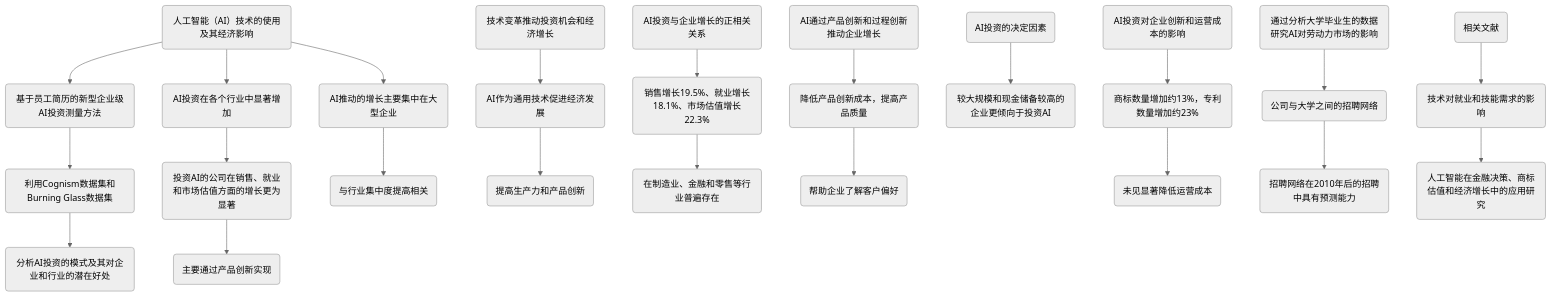
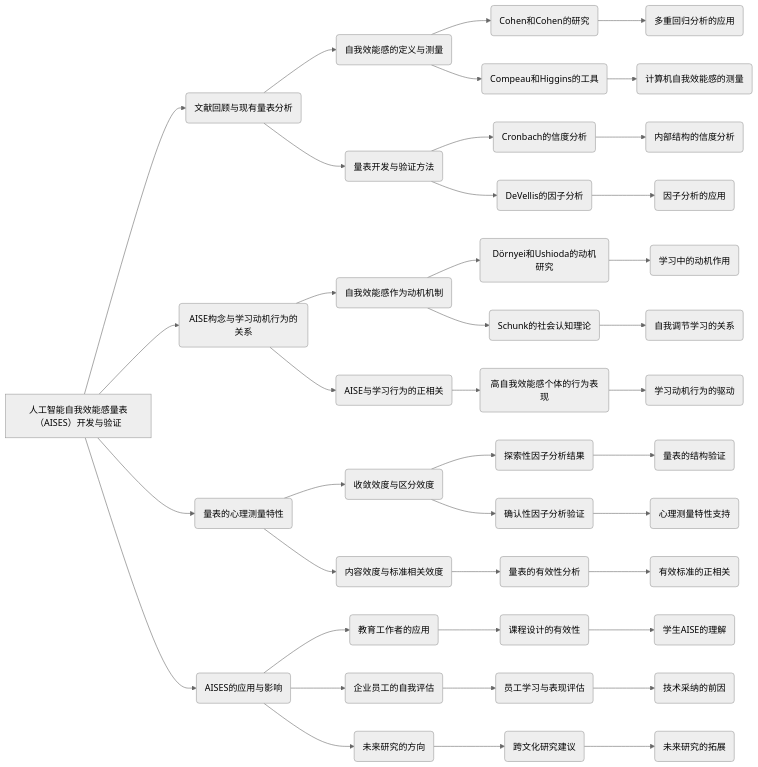
One commit to Fabreque/charles changed the fourth of 44 diagrams in AI技术类文章.md. Above: the diagram before and after it, drawn with Mermaid (neutral theme). The commit also changed other lines of this file and 6 other files, not shown here.

````diff
--- a/AI技术类文章.md
+++ b/AI技术类文章.md
@@ -209,34 +256,64 @@
 ```mermaid
-graph TD
-    A("人工智能（AI）技术的使用及其经济影响") --> B("基于员工简历的新型企业级AI投资测量方法")
-    A --> C("AI投资在各个行业中显著增加")
-    A --> D("AI推动的增长主要集中在大型企业")
+graph LR
+    A["人工智能自我效能感量表（AISES）开发与验证"] --> B("文献回顾与现有量表分析")
+    A --> C("AISE构念与学习动机行为的关系")
+    A --> D("量表的心理测量特性")
+    A --> E("AISES的应用与影响")
     
-    B --> E("利用Cognism数据集和Burning Glass数据集")
-    E --> F("分析AI投资的模式及其对企业和行业的潜在好处")
+    B --> F("自我效能感的定义与测量")
+    B --> G("量表开发与验证方法")
     
-    C --> G("投资AI的公司在销售、就业和市场估值方面的增长更为显著")
-    G --> H("主要通过产品创新实现")
+    C --> H("自我效能感作为动机机制")
+    C --> I("AISE与学习行为的正相关")
     
-    D --> I("与行业集中度提高相关")
+    D --> J("收敛效度与区分效度")
+    D --> K("内容效度与标准相关效度")
     
-    J("技术变革推动投资机会和经济增长") --> K("AI作为通用技术促进经济发展")
-    K --> L("提高生产力和产品创新")
+    E --> L("教育工作者的应用")
+    E --> M("企业员工的自我评估")
+    E --> N("未来研究的方向")
     
-    M("AI投资与企业增长的正相关关系") --> N("销售增长19.5%、就业增长18.1%、市场估值增长22.3%")
-    N --> O("在制造业、金融和零售等行业普遍存在")
+    F --> O("Cohen和Cohen的研究")
+    F --> P("Compeau和Higgins的工具")
     
-    P("AI通过产品创新和过程创新推动企业增长") --> Q("降低产品创新成本，提高产品质量")
-    Q --> R("帮助企业了解客户偏好")
+    G --> Q("Cronbach的信度分析")
+    G --> R("DeVellis的因子分析")
     
-    S("AI投资的决定因素") --> T("较大规模和现金储备较高的企业更倾向于投资AI")
+    H --> S("Dörnyei和Ushioda的动机研究")
+    H --> T("Schunk的社会认知理论")
     
-    U("AI投资对企业创新和运营成本的影响") --> V("商标数量增加约13%，专利数量增加约23%")
-    V --> W("未见显著降低运营成本")
+    I --> U("高自我效能感个体的行为表现")
     
-    X("通过分析大学毕业生的数据研究AI对劳动力市场的影响") --> Y("公司与大学之间的招聘网络")
-    Y --> Z("招聘网络在2010年后的招聘中具有预测能力")
+    J --> V("探索性因子分析结果")
+    J --> W("确认性因子分析验证")
     
-    AA("相关文献") --> AB("技术对就业和技能需求的影响")
-    AB --> AC("人工智能在金融决策、商标估值和经济增长中的应用研究")
+    K --> X("量表的有效性分析")
+    
+    L --> Y("课程设计的有效性")
+    
+    M --> Z("员工学习与表现评估")
+    
+    N --> AA("跨文化研究建议")
+    
+    O --> AB("多重回归分析的应用")
+    P --> AC("计算机自我效能感的测量")
+    
+    Q --> AD("内部结构的信度分析")
+    R --> AE("因子分析的应用")
+    
+    S --> AF("学习中的动机作用")
+    T --> AG("自我调节学习的关系")
+    
+    U --> AH("学习动机行为的驱动")
+    
+    V --> AI("量表的结构验证")
+    W --> AJ("心理测量特性支持")
+    
+    X --> AK("有效标准的正相关")
+    
+    Y --> AL("学生AISE的理解")
+    
+    Z --> AM("技术采纳的前因")
+    
+    AA --> AN("未来研究的拓展")
 ```
````
